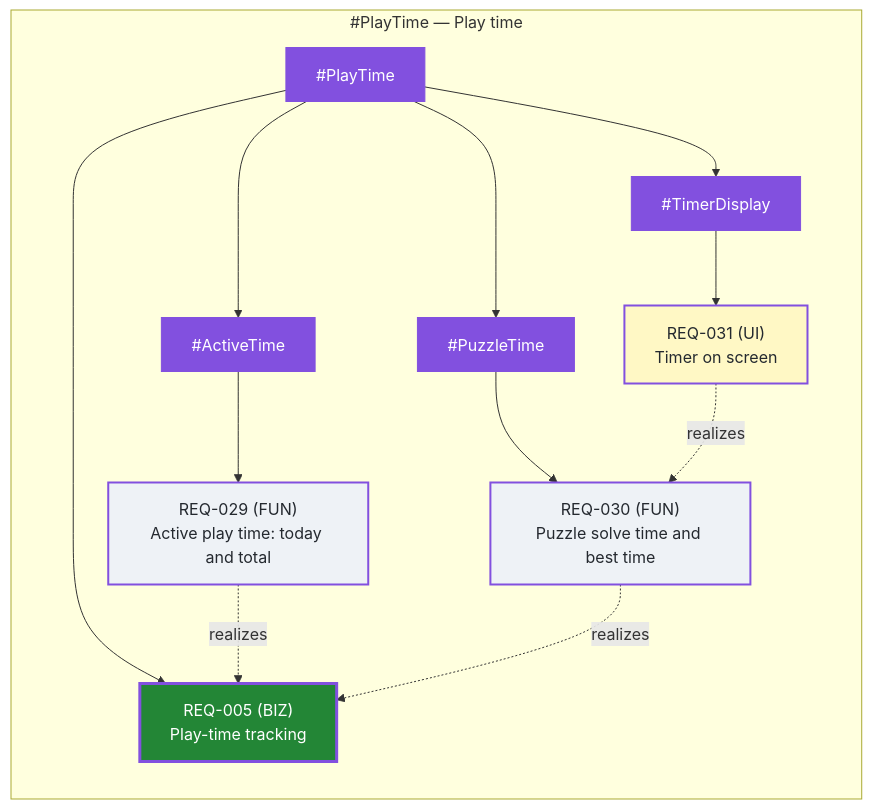
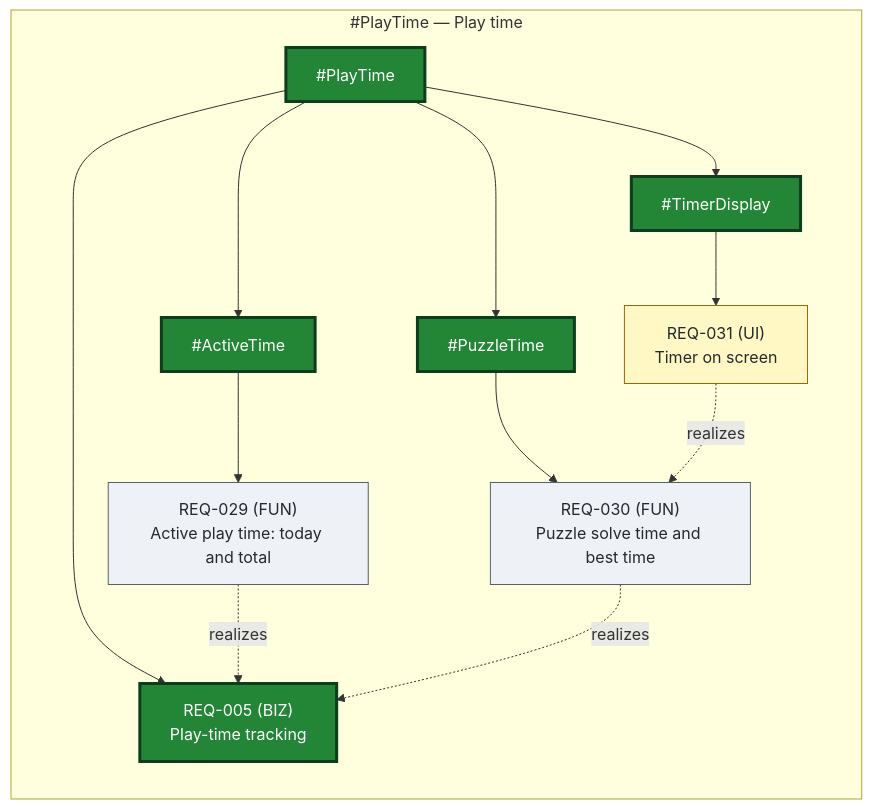
One commit to jamisuni/TangramNoAds changed the diagram in Requirements/views/feature-map-PlayTime.md. Above: the diagram before and after it, drawn with Mermaid. The commit also changed 111 other files, not shown here.

````diff
--- a/Requirements/views/feature-map-PlayTime.md
+++ b/Requirements/views/feature-map-PlayTime.md
@@ -7,38 +7,38 @@
 ```mermaid
 flowchart LR
   subgraph sg_PlayTime ["#PlayTime — Play time"]
-    PlayTime["#PlayTime"]:::featAi
-    REQ-005["REQ-005 (BIZ)<br/>Play-time tracking"]:::bizAi
-    ActiveTime["#ActiveTime"]:::featAi
-    REQ-029["REQ-029 (FUN)<br/>Active play time: today and total"]:::funAi
-    PuzzleTime["#PuzzleTime"]:::featAi
-    REQ-030["REQ-030 (FUN)<br/>Puzzle solve time and best time"]:::funAi
-    TimerDisplay["#TimerDisplay"]:::featAi
-    REQ-031["REQ-031 (UI)<br/>Timer on screen"]:::uiAi
+    PlayTime["#PlayTime"]:::featLock
+    REQ-005["REQ-005 (BIZ)<br/>Play-time tracking"]:::biz
+    ActiveTime["#ActiveTime"]:::featLock
+    REQ-029["REQ-029 (FUN)<br/>Active play time: today and total"]:::fun
+    PuzzleTime["#PuzzleTime"]:::featLock
+    REQ-030["REQ-030 (FUN)<br/>Puzzle solve time and best time"]:::fun
+    TimerDisplay["#TimerDisplay"]:::featLock
+    REQ-031["REQ-031 (UI)<br/>Timer on screen"]:::ui
   end
   PlayTime --> REQ-005
   PlayTime --> ActiveTime
   ActiveTime --> REQ-029
   PlayTime --> PuzzleTime
   PuzzleTime --> REQ-030
   PlayTime --> TimerDisplay
   TimerDisplay --> REQ-031
   REQ-029 -.->|realizes| REQ-005
   REQ-030 -.->|realizes| REQ-005
   REQ-031 -.->|realizes| REQ-030
   classDef feat fill:#1f6feb,color:#fff,stroke:#1f6feb
   classDef featIdea fill:#dbe4f3,color:#24292f,stroke:#1f6feb,stroke-dasharray: 4 3
   classDef featSpec fill:#0d5c2f,color:#fff,stroke:#0d5c2f
   classDef featLock fill:#238636,color:#fff,stroke:#0d3d1c,stroke-width:3px
   classDef biz fill:#238636,color:#fff,stroke:#0d3d1c,stroke-width:3px
   classDef fun fill:#eef2f6,color:#24292f,stroke:#57606a
   classDef ui fill:#fff8c5,color:#24292f,stroke:#9a6700
   classDef bizInf fill:#238636,color:#fff,stroke:#cf222e,stroke-dasharray: 5 5
   classDef funInf fill:#eef2f6,color:#24292f,stroke:#cf222e,stroke-dasharray: 5 5
   classDef uiInf fill:#fff8c5,color:#24292f,stroke:#cf222e,stroke-dasharray: 5 5
   classDef withdrawn fill:#f6f8fa,color:#8c959f,stroke:#8c959f,stroke-dasharray: 2 2
   classDef featAi fill:#8250df,color:#fff,stroke:#8250df
   classDef bizAi fill:#238636,color:#fff,stroke:#8250df,stroke-width:3px
   classDef funAi fill:#eef2f6,color:#24292f,stroke:#8250df,stroke-width:2px
   classDef uiAi fill:#fff8c5,color:#24292f,stroke:#8250df,stroke-width:2px
 ```
````
